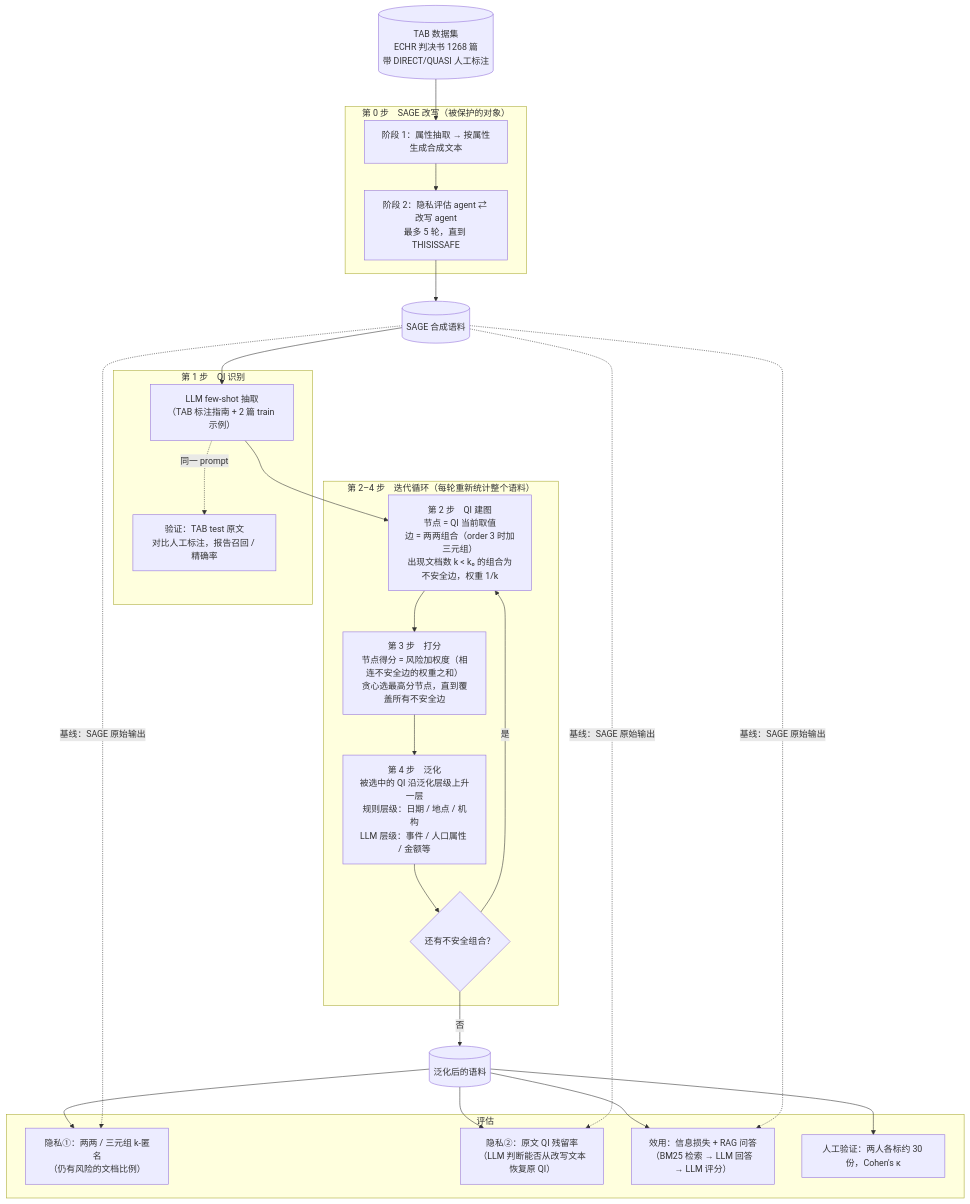
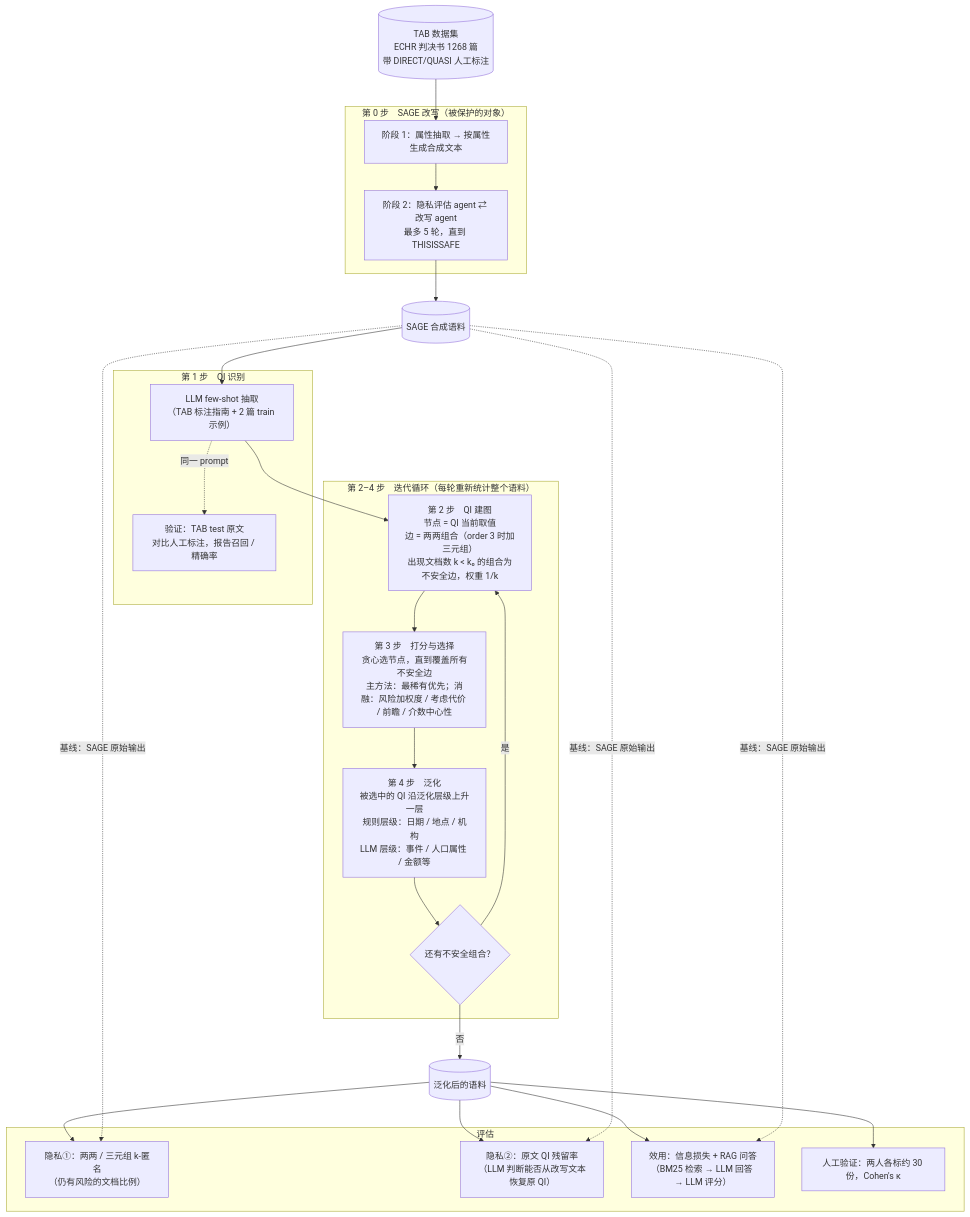
The diagram in docs/framework.md (TianyiWang2005/ICDF2C_2027), drawn with Mermaid before and after one commit. The commit also changed other lines of this file and 119 other files, not shown here.

````diff
--- a/docs/framework.md
+++ b/docs/framework.md
@@ -16,37 +16,37 @@
 ```mermaid
 flowchart TD
     A[("TAB 数据集<br/>ECHR 判决书 1268 篇<br/>带 DIRECT/QUASI 人工标注")] --> B
 
     subgraph S0["第 0 步　SAGE 改写（被保护的对象）"]
         B["阶段 1：属性抽取 → 按属性生成合成文本"] --> C["阶段 2：隐私评估 agent ⇄ 改写 agent<br/>最多 5 轮，直到 THISISSAFE"]
     end
 
     C --> D[("SAGE 合成语料")]
 
     subgraph S1["第 1 步　QI 识别"]
         E["LLM few-shot 抽取<br/>（TAB 标注指南 + 2 篇 train 示例）"]
         V["验证：TAB test 原文<br/>对比人工标注，报告召回 / 精确率"]
         E -. 同一 prompt .-> V
     end
     D --> E
 
     subgraph LOOP["第 2–4 步　迭代循环（每轮重新统计整个语料）"]
         F["第 2 步　QI 建图<br/>节点 = QI 当前取值<br/>边 = 两两组合（order 3 时加三元组）<br/>出现文档数 k &lt; k₀ 的组合为不安全边，权重 1/k"]
-        G["第 3 步　打分<br/>节点得分 = 风险加权度（相连不安全边的权重之和）<br/>贪心选最高分节点，直到覆盖所有不安全边"]
+        G["第 3 步　打分与选择<br/>贪心选节点，直到覆盖所有不安全边<br/>主方法：最稀有优先；消融：风险加权度 / 考虑代价 / 前瞻 / 介数中心性"]
         H["第 4 步　泛化<br/>被选中的 QI 沿泛化层级上升一层<br/>规则层级：日期 / 地点 / 机构<br/>LLM 层级：事件 / 人口属性 / 金额等"]
         F --> G --> H
         H --> Q{"还有不安全组合？"}
         Q -- 是 --> F
     end
     E --> F
     Q -- 否 --> R[("泛化后的语料")]
 
     subgraph EV["评估"]
         P1["隐私①：两两 / 三元组 k-匿名<br/>（仍有风险的文档比例）"]
         P2["隐私②：原文 QI 残留率<br/>（LLM 判断能否从改写文本恢复原 QI）"]
         U["效用：信息损失 + RAG 问答<br/>（BM25 检索 → LLM 回答 → LLM 评分）"]
         HU["人工验证：两人各标约 30 份，Cohen's κ"]
     end
     R --> P1 & P2 & U & HU
     D -. 基线：SAGE 原始输出 .-> P1 & P2 & U
 ```
````
